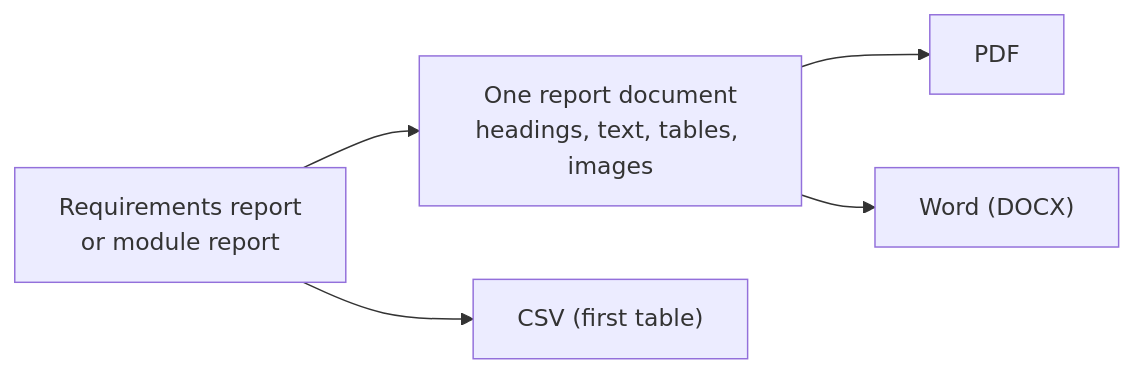
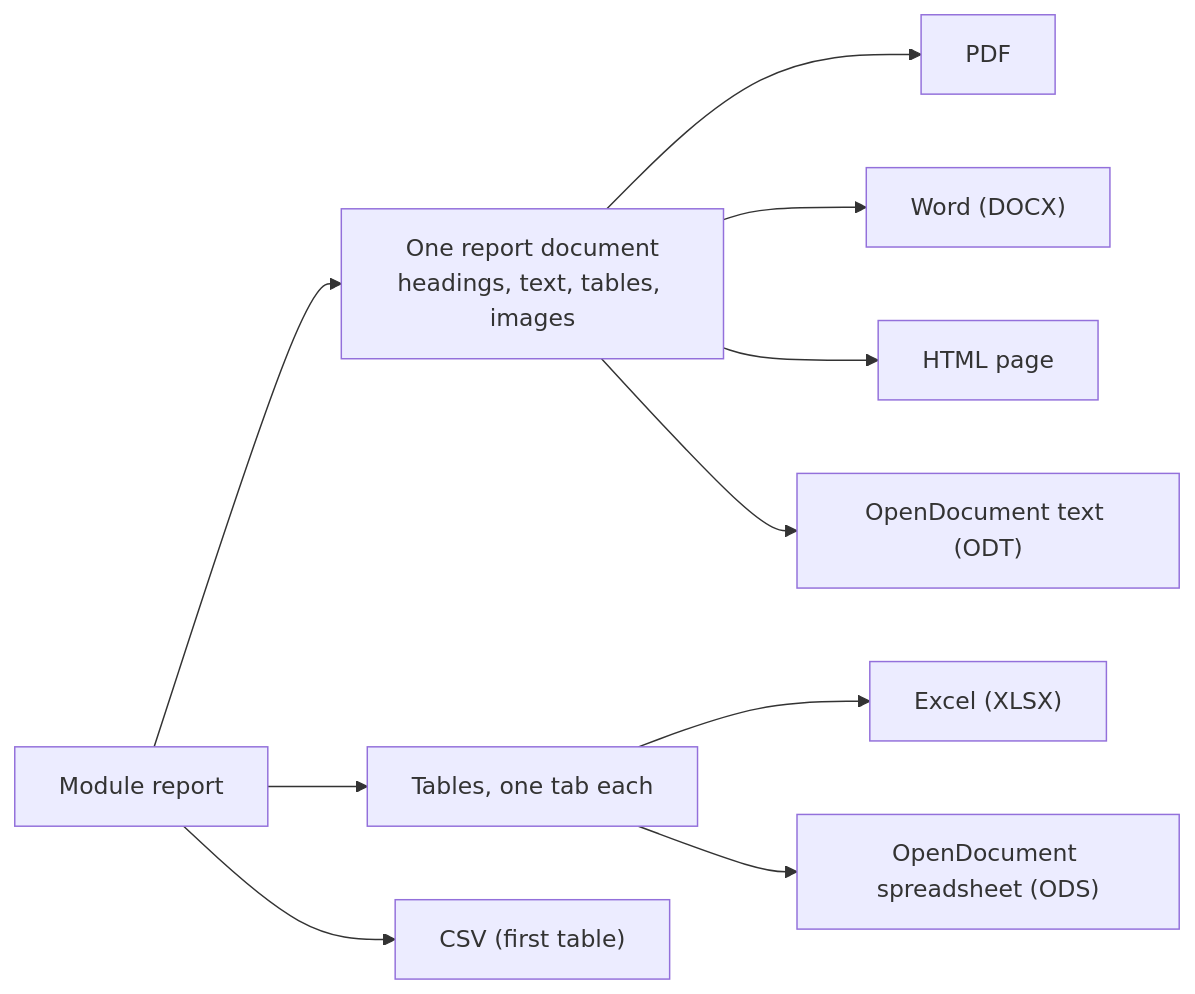
The second of 3 diagrams in docs/website/docs/core-features/reports-and-export.md (ballardr/reqtrackmanager), drawn with Mermaid before and after one commit. The commit also changed other lines of this file and 918 other files, not shown here.

````diff
--- a/docs/website/docs/core-features/reports-and-export.md
+++ b/docs/website/docs/core-features/reports-and-export.md
@@ -40,7 +44,12 @@
 ```mermaid
 flowchart LR
-    R["Requirements report<br/>or module report"] --> D["One report document<br/>headings, text, tables, images"]
+    R["Module report"] --> D["One report document<br/>headings, text, tables, images"]
     D --> P[PDF]
     D --> W["Word (DOCX)"]
+    D --> H["HTML page"]
+    D --> O["OpenDocument text (ODT)"]
+    R --> S["Tables, one tab each"]
+    S --> X["Excel (XLSX)"]
+    S --> OD["OpenDocument spreadsheet (ODS)"]
     R --> C["CSV (first table)"]
 ```
````
